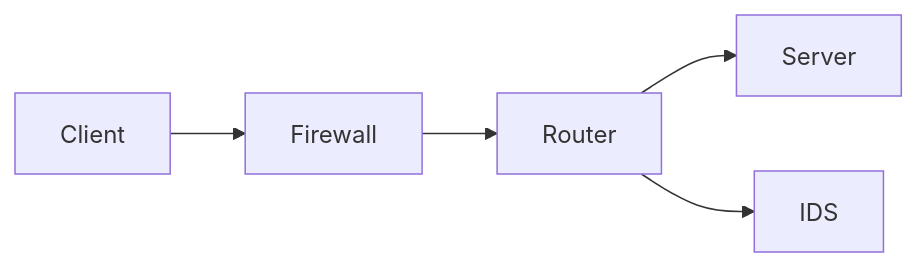
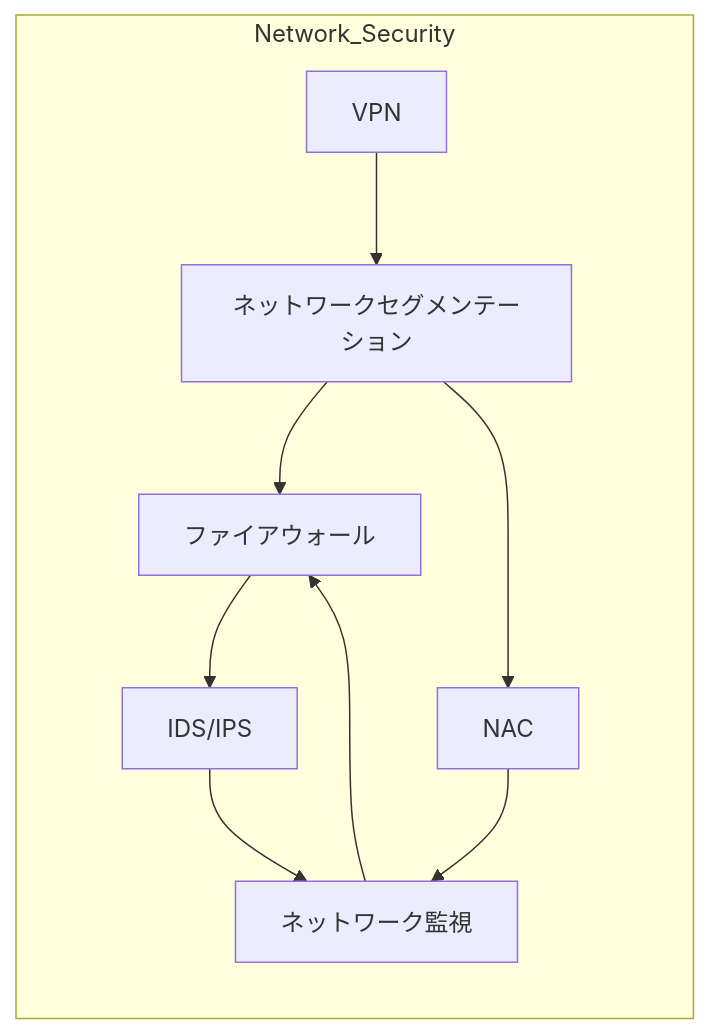
The diagram in src/content/descriptions/structure/network-security/intro.md (kwstyk/kwstyk-portfolio), drawn with Mermaid before and after one commit. The commit also changed other lines of this file and 34 other files, not shown here.

````diff
--- a/src/content/descriptions/structure/network-security/intro.md
+++ b/src/content/descriptions/structure/network-security/intro.md
@@ -30,10 +16,18 @@
 ```mermaid
-flowchart LR
-  A[Client]
-  B[Firewall]
-  C[Router]
-  D[IDS]
-  E[Server]
-  A --> B --> C --> E
-  C --> D
-``` 
+graph LR
+  subgraph Network_Security
+    Seg[ネットワークセグメンテーション]
+    FW[ファイアウォール]
+    IDS[IDS/IPS]
+    VPN[VPN]
+    NAC[NAC]
+    Monitoring[ネットワーク監視]
+  end
+  Seg --> FW
+  FW --> IDS
+  IDS --> Monitoring
+  Seg --> NAC
+  VPN --> Seg
+  Monitoring --> FW
+  NAC --> Monitoring
+```
````
